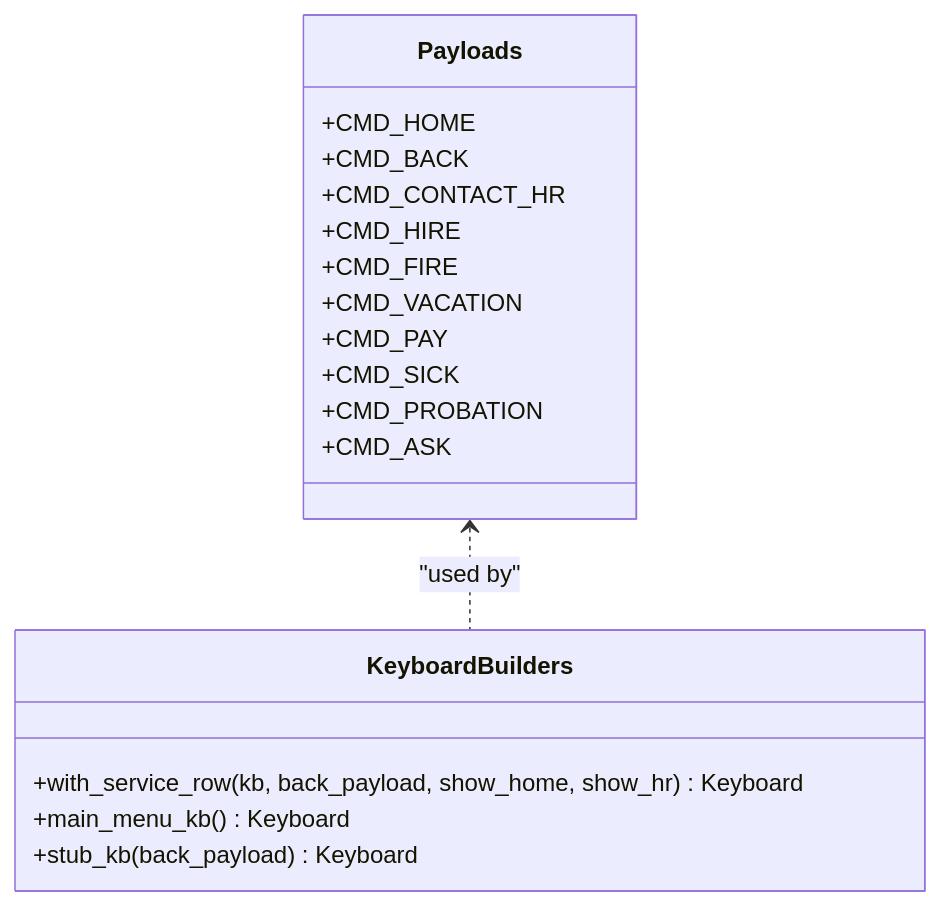
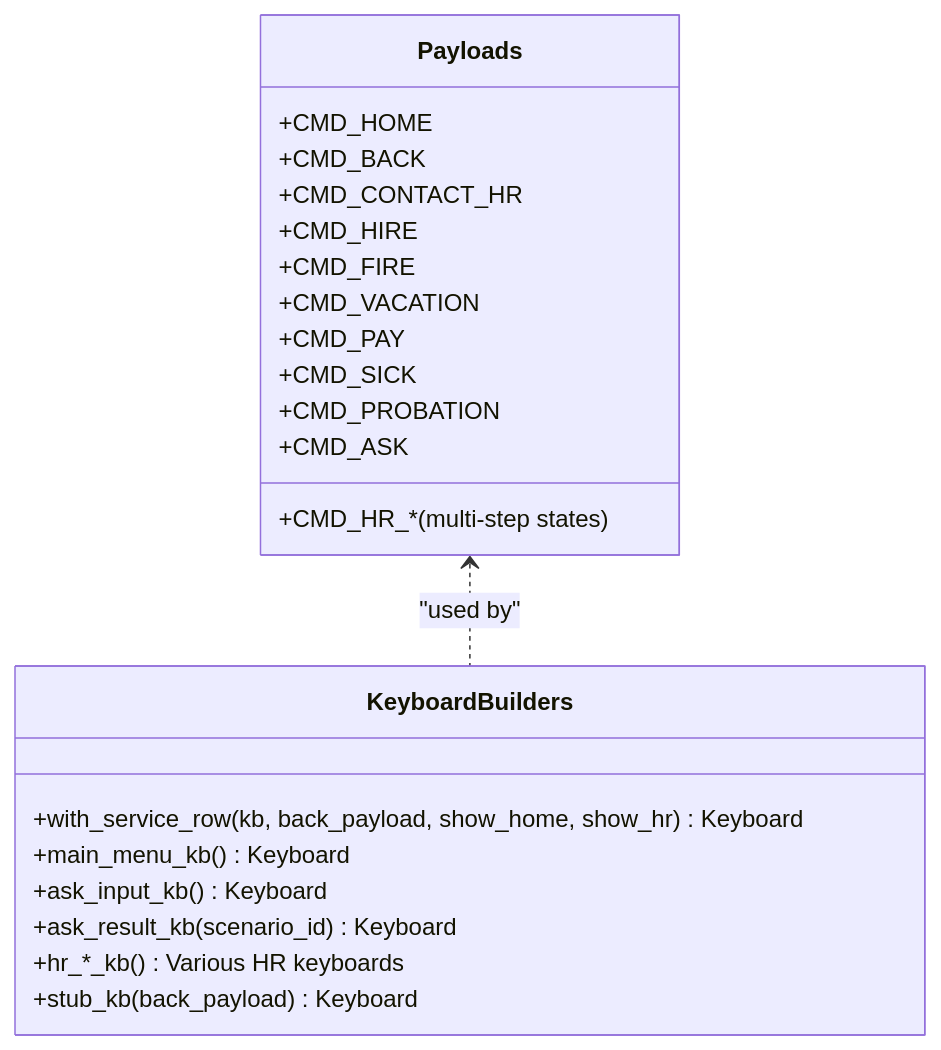
The seventh of 10 diagrams in .qoder/repowiki/en/content/VK Integration/VK Integration.md (ognelis/cafetera_hr_bot), drawn with Mermaid before and after one commit. The commit also changed other lines of this file and 8 other files, not shown here.

````diff
--- a/.qoder/repowiki/en/content/VK Integration/VK Integration.md
+++ b/.qoder/repowiki/en/content/VK Integration/VK Integration.md
@@ -210,21 +352,25 @@
 ```mermaid
 classDiagram
 class Payloads {
 +CMD_HOME
 +CMD_BACK
 +CMD_CONTACT_HR
 +CMD_HIRE
 +CMD_FIRE
 +CMD_VACATION
 +CMD_PAY
 +CMD_SICK
 +CMD_PROBATION
 +CMD_ASK
++CMD_HR_* (multi-step states)
 }
 class KeyboardBuilders {
 +with_service_row(kb, back_payload, show_home, show_hr) Keyboard
 +main_menu_kb() Keyboard
++ask_input_kb() Keyboard
++ask_result_kb(scenario_id) Keyboard
++hr_*_kb() Various HR keyboards
 +stub_kb(back_payload) Keyboard
 }
 Payloads <.. KeyboardBuilders : "used by"
 ```
````
